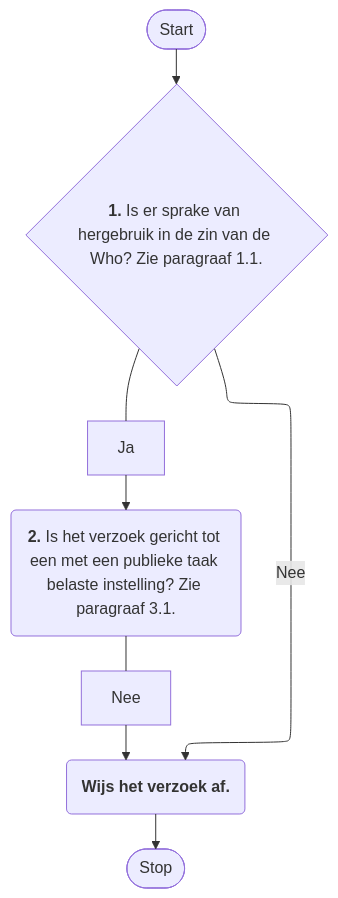
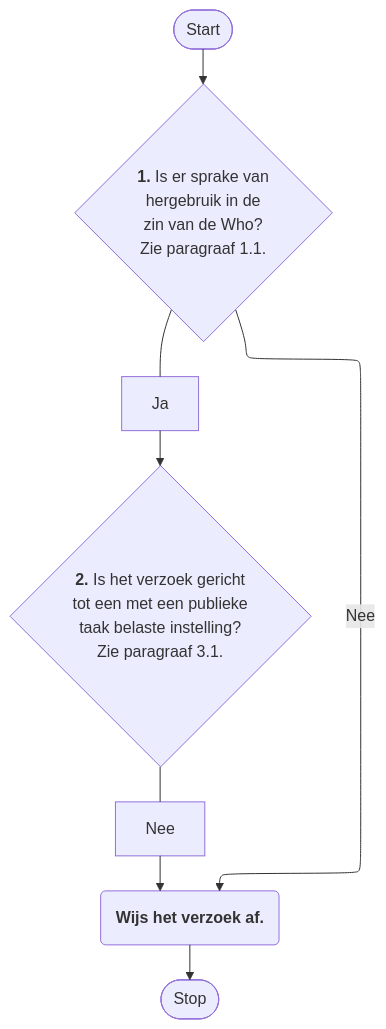
One commit to VNG-Realisatie/VNG-R-Respec-Template changed the second of 11 diagrams in mermaid.md. Above: the diagram before and after it, drawn with Mermaid.

````diff
--- a/mermaid.md
+++ b/mermaid.md
@@ -64,9 +64,9 @@
 ```mermaid
 %%{init: {"flowchart": {"defaultRenderer": "elk"}} }%%
 graph TD
-    A([Start])---->B{"<b>1.</b> Is er sprake van hergebruik in de zin van de Who? Zie paragraaf 1.1."}
-    B{"<b>1.</b> Is er sprake van hergebruik in de zin van de Who? Zie paragraaf 1.1."}--Nee-->L("<b>Wijs het verzoek af.</b>")
-    B{"<b>1.</b> Is er sprake van hergebruik in de zin van de Who? Zie paragraaf 1.1."}--- Ja --->C("<b>2.</b> Is het verzoek gericht tot een met een publieke taak belaste instelling? Zie paragraaf 3.1.")
-    C("<b>2.</b> Is het verzoek gericht tot een met een publieke taak belaste instelling? Zie paragraaf 3.1.")--- Nee --->L("<b>Wijs het verzoek af.</b>")
+    A([Start])---->B{"<b>1.</b> Is er sprake van<br/>hergebruik in de<br/>zin van de Who?<br/>Zie paragraaf 1.1."}
+    B{"<b>1.</b> Is er sprake van<br/>hergebruik in de<br/>zin van de Who?<br/>Zie paragraaf 1.1."}--Nee-->L("<b>Wijs het verzoek af.</b>")
+    B{"<b>1.</b> Is er sprake van<br/>hergebruik in de<br/>zin van de Who?<br/>Zie paragraaf 1.1."}--- Ja --->C{"<b>2.</b> Is het verzoek gericht<br/>tot een met een publieke<br/>taak belaste instelling?<br/>Zie paragraaf 3.1."}
+    C{"<b>2.</b> Is het verzoek gericht<br/>tot een met een publieke<br/>taak belaste instelling?<br/>Zie paragraaf 3.1."}--- Nee --->L("<b>Wijs het verzoek af.</b>")
     L("<b>Wijs het verzoek af.</b>")---->M([Stop])
 ```
````
